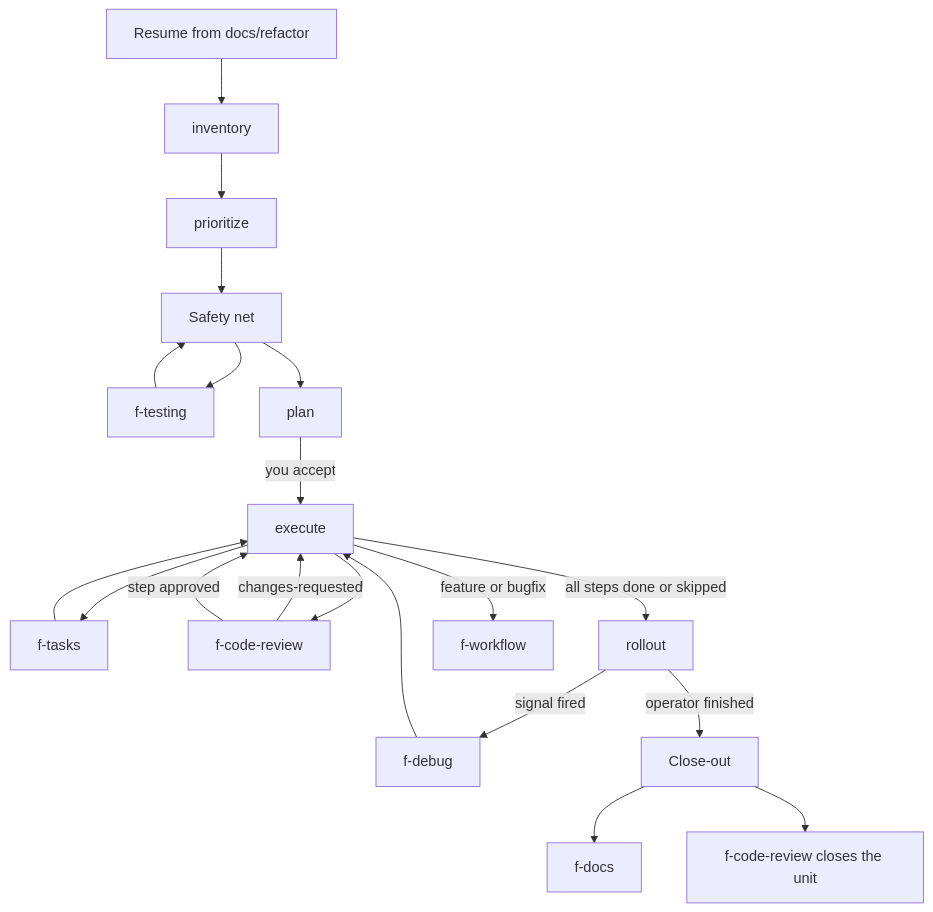
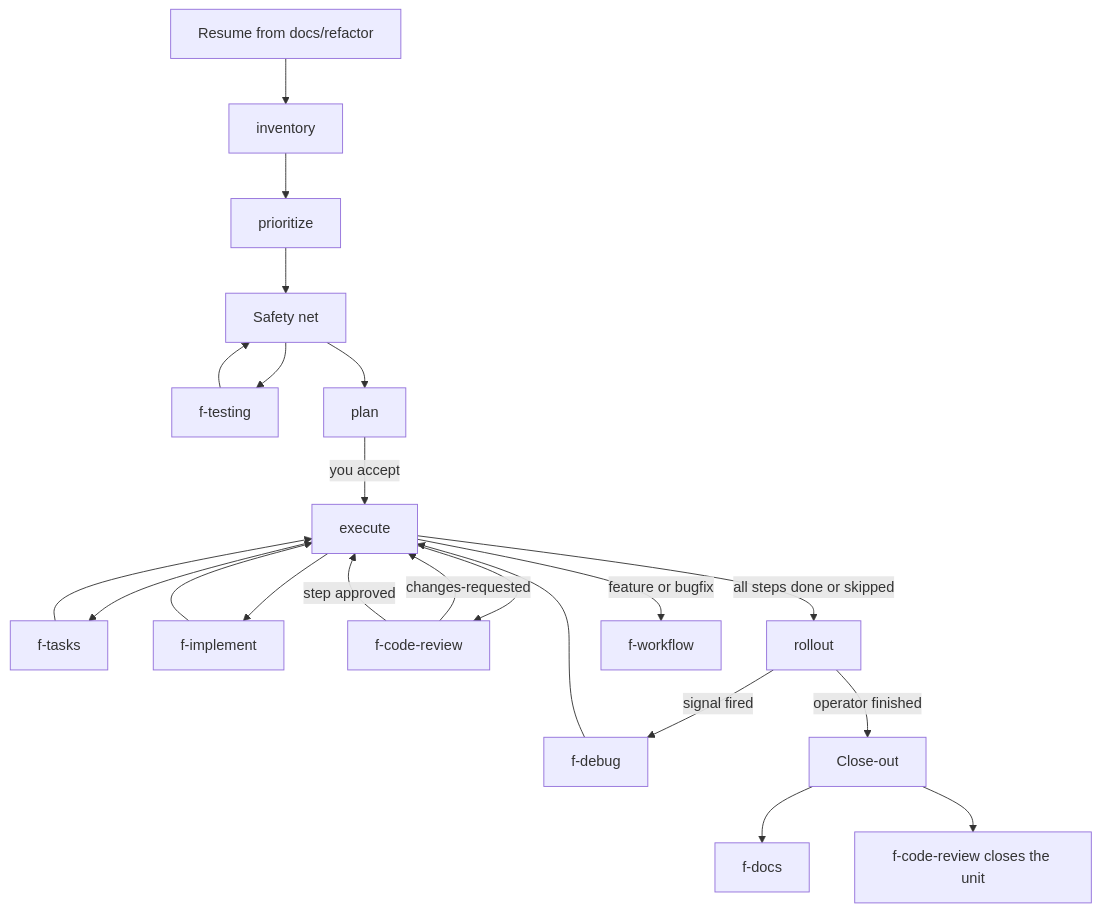
The diagram in skills/f-refactor/references/workflow.md (fuellner/acf), drawn with Mermaid before and after one commit. The commit also changed other lines of this file and 34 other files, not shown here.

````diff
--- a/skills/f-refactor/references/workflow.md
+++ b/skills/f-refactor/references/workflow.md
@@ -128,23 +129,25 @@
 ```mermaid
 flowchart TD
   resume[Resume from docs/refactor]
   resume --> inventory
   inventory --> prioritize
   prioritize --> safetynet[Safety net]
   safetynet --> ftesting[f-testing]
   ftesting --> safetynet
   safetynet --> plan
   plan -->|you accept| execute
   execute --> ftasks[f-tasks]
   ftasks --> execute
+  execute --> fimplement[f-implement]
+  fimplement --> execute
   execute --> review[f-code-review]
   review -->|changes-requested| execute
   review -->|step approved| execute
   execute -->|all steps done or skipped| rollout
   rollout -->|signal fired| fdebug[f-debug]
   fdebug --> execute
   rollout -->|operator finished| closeout[Close-out]
   closeout --> fdocs[f-docs]
   closeout --> closereview[f-code-review closes the unit]
   execute -->|feature or bugfix| fworkflow[f-workflow]
 ```
````
